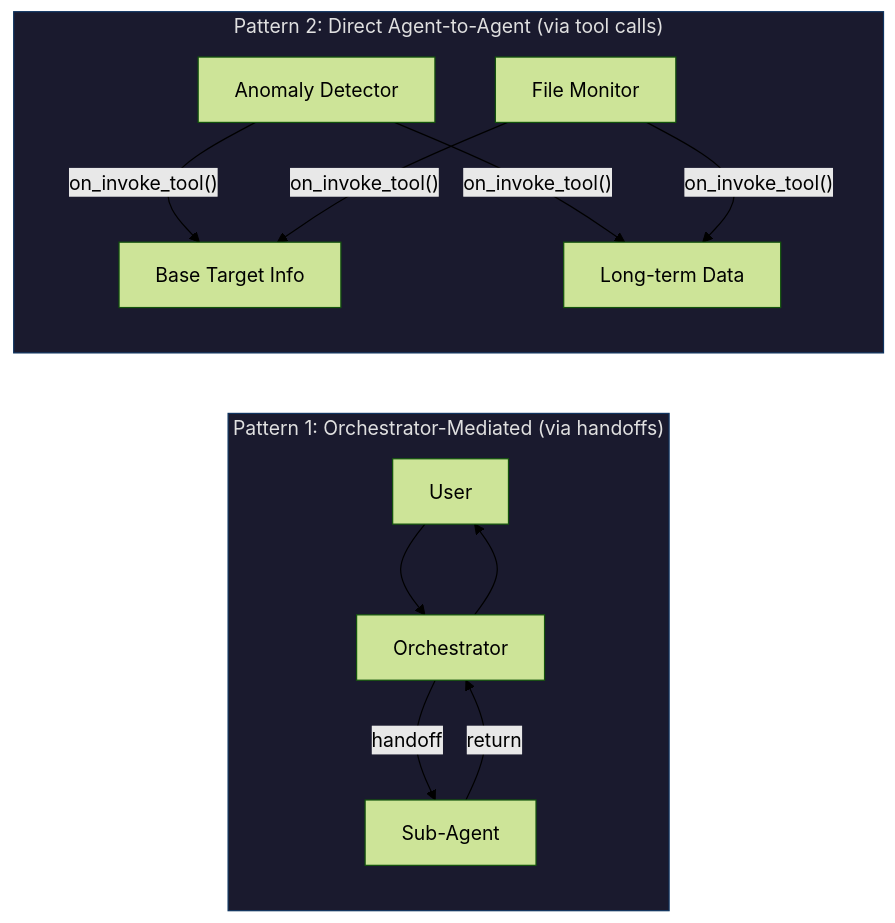
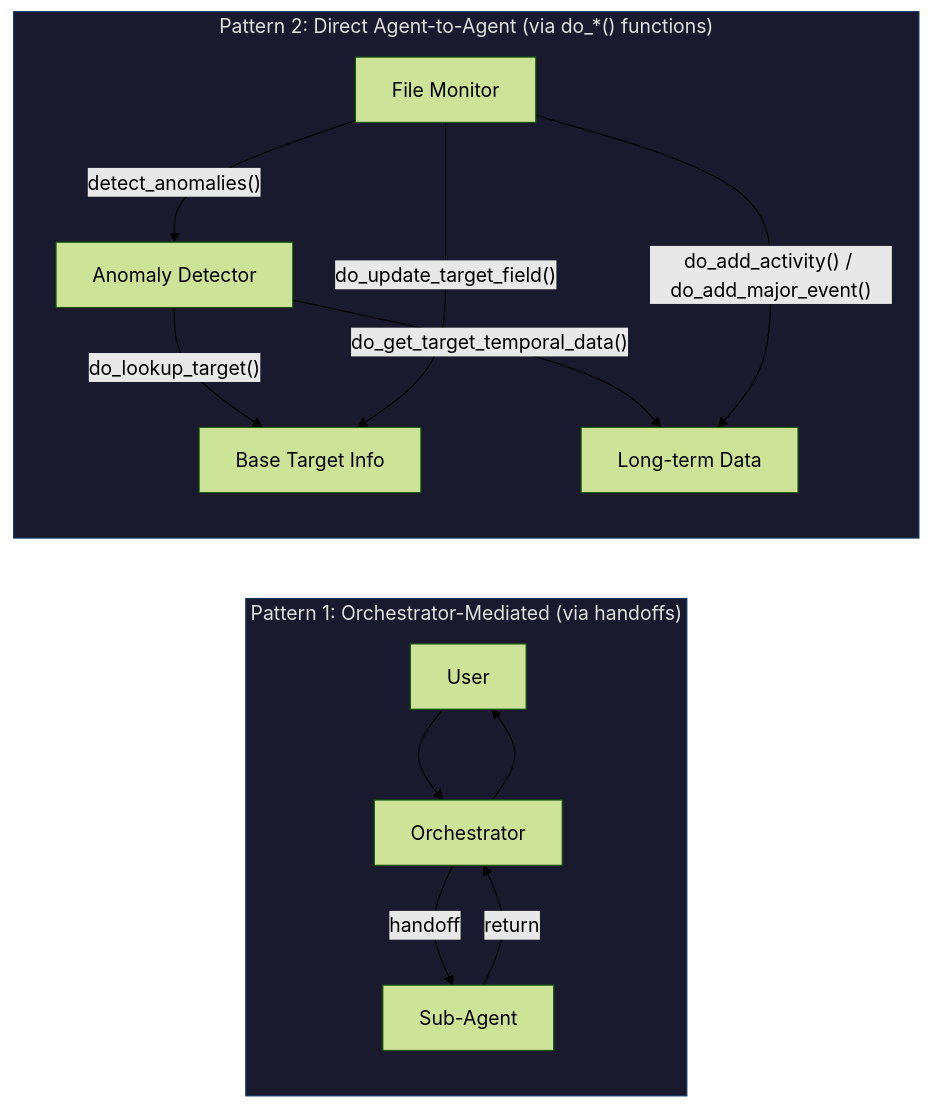
The sixth of 6 diagrams in docs/architecture.md (charliel30/target_tracker), drawn with Mermaid (forest theme) before and after one commit. The commit also changed other lines of this file and 1 other file, not shown here.

First line of the commit message:
Update docs for article server, end-to-end test, and anomaly detection changes

````diff
--- a/docs/architecture.md
+++ b/docs/architecture.md
@@ -342,19 +369,20 @@
 ```mermaid
 graph LR
     subgraph Pattern1["Pattern 1: Orchestrator-Mediated (via handoffs)"]
         User1["User"] --> O1["Orchestrator"]
         O1 -->|"handoff"| A1["Sub-Agent"]
         A1 -->|"return"| O1
         O1 --> User1
     end
 
-    subgraph Pattern2["Pattern 2: Direct Agent-to-Agent (via tool calls)"]
-        A2["Anomaly Detector"] -->|"on_invoke_tool()"| A3["Base Target Info"]
-        A2 -->|"on_invoke_tool()"| A4["Long-term Data"]
-        A5["File Monitor"] -->|"on_invoke_tool()"| A3
-        A5 -->|"on_invoke_tool()"| A4
+    subgraph Pattern2["Pattern 2: Direct Agent-to-Agent (via do_*() functions)"]
+        A2["Anomaly Detector"] -->|"do_lookup_target()"| A3["Base Target Info"]
+        A2 -->|"do_get_target_temporal_data()"| A4["Long-term Data"]
+        A5["File Monitor"] -->|"do_update_target_field()"| A3
+        A5 -->|"do_add_activity() / do_add_major_event()"| A4
+        A5 -->|"detect_anomalies()"| A2
     end
 
     style Pattern1 fill:#1a1a2e,stroke:#0f3460,color:#e0e0e0
     style Pattern2 fill:#1a1a2e,stroke:#0f3460,color:#e0e0e0
 ```
````
